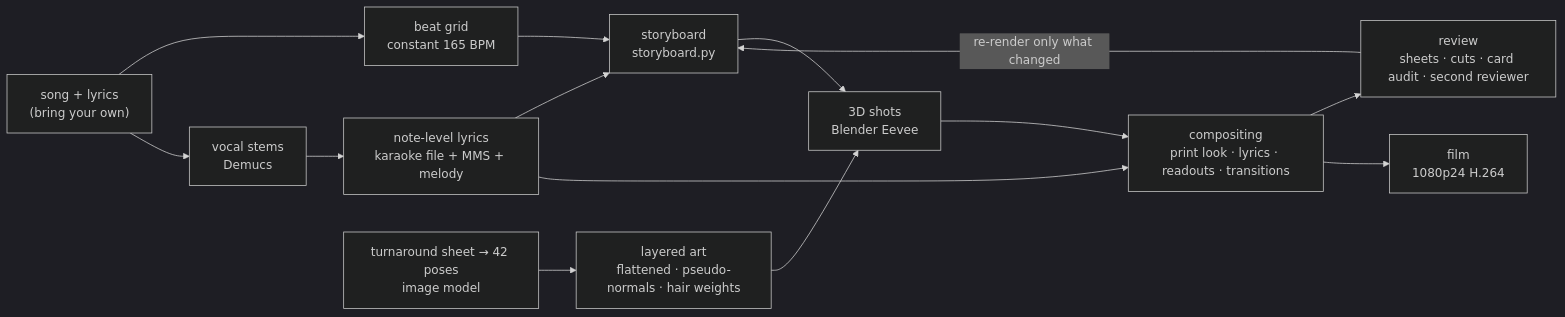
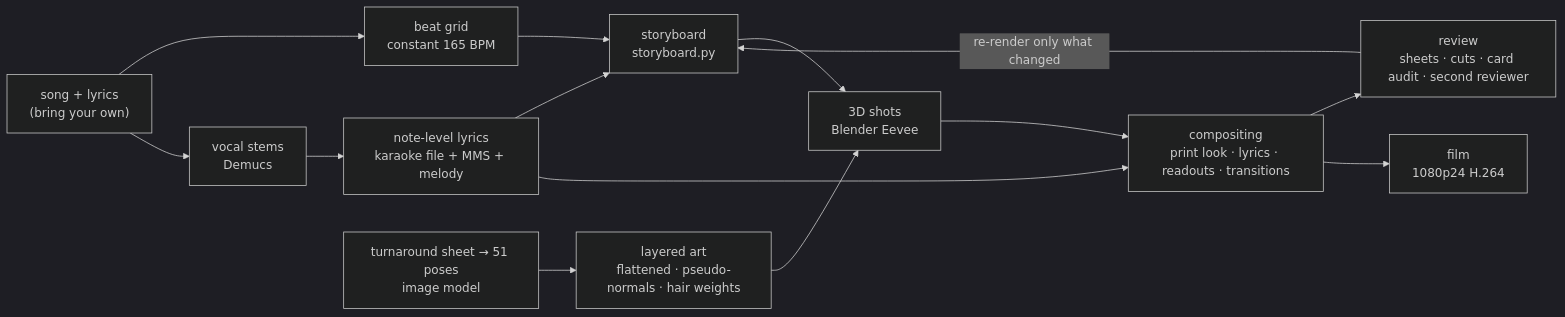
The diagram in README.en.md (RepressedAlliance/MeltDown), drawn with Mermaid (dark theme) before and after one commit. The commit also changed other lines of this file and 4 other files, not shown here.

````diff
--- a/README.en.md
+++ b/README.en.md
@@ -101,16 +101,16 @@
 ```mermaid
 flowchart LR
   A["song + lyrics<br/>(bring your own)"] --> B["beat grid<br/>constant 165 BPM"]
   A --> C["vocal stems<br/>Demucs"]
   C --> D["note-level lyrics<br/>karaoke file + MMS + melody"]
-  E["turnaround sheet → 42 poses<br/>image model"] --> F["layered art<br/>flattened · pseudo-normals · hair weights"]
+  E["turnaround sheet → 51 poses<br/>image model"] --> F["layered art<br/>flattened · pseudo-normals · hair weights"]
   B --> G["storyboard<br/>storyboard.py"]
   D --> G
   G --> H["3D shots<br/>Blender Eevee"]
   F --> H
   H --> I["compositing<br/>print look · lyrics · readouts · transitions"]
   D --> I
   I --> J["review<br/>sheets · cuts · card audit · second reviewer"]
   J -- "re-render only what changed" --> G
   I --> K["film<br/>1080p24 H.264"]
 ```
````
